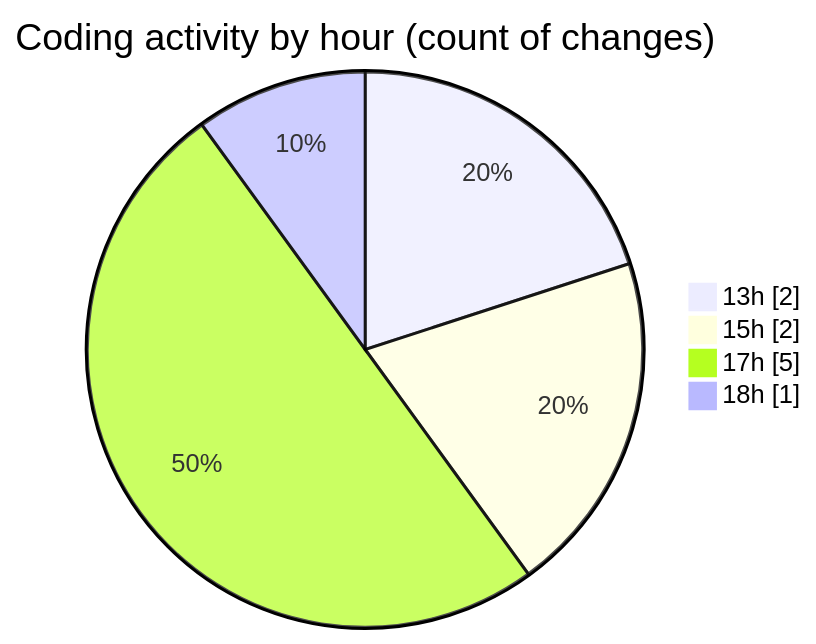
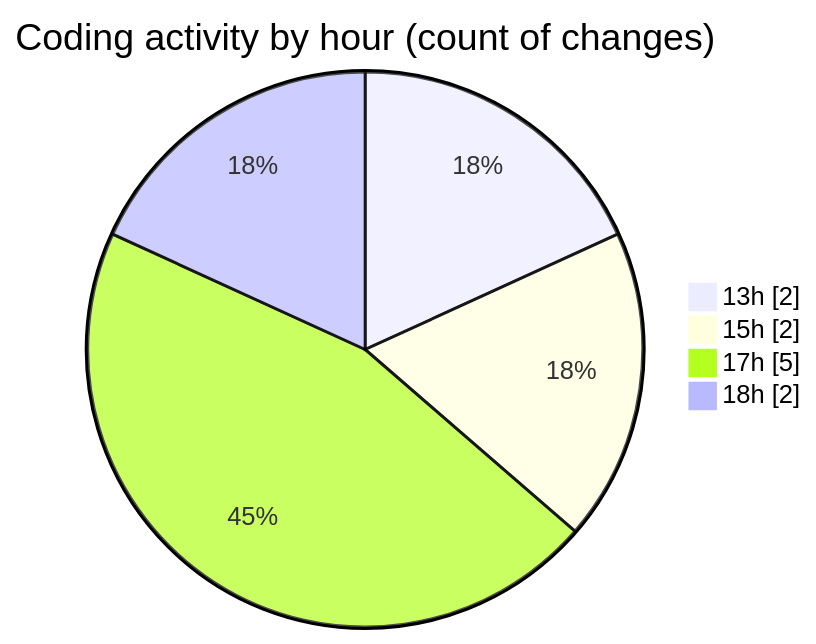
One commit to JenPaints/code-tracking changed the second of 2 diagrams in 2025-06-23/archive/README.md. Above: the diagram before and after it, drawn with Mermaid. The commit also changed other lines of this file and 1 other file, not shown here.

````diff
--- a/2025-06-23/archive/README.md
+++ b/2025-06-23/archive/README.md
@@ -36,8 +37,8 @@
 ```mermaid
 pie showData
 title Coding activity by hour (count of changes)
 "13h" : 2
 "15h" : 2
 "17h" : 5
-"18h" : 1
+"18h" : 2
 ```
````
